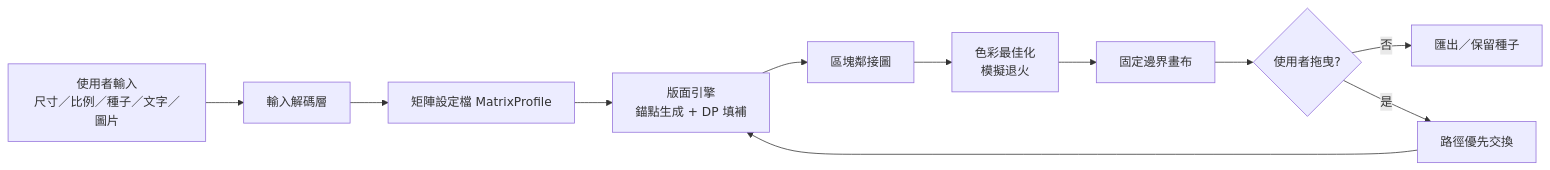
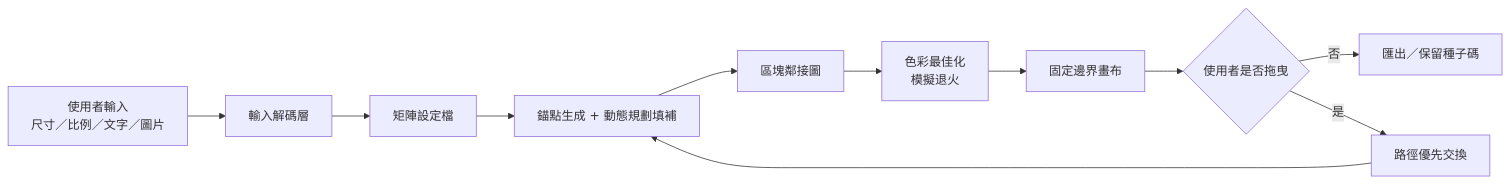
One commit to kent891026/destijl-design changed the first of 6 diagrams in README.md. Above: the diagram before and after it, drawn with Mermaid. The commit also changed other lines of this file and 3 other files, not shown here.

````diff
--- a/README.md
+++ b/README.md
@@ -80,13 +83,13 @@
 ```mermaid
 flowchart LR
-    A[使用者輸入<br/>尺寸／比例／種子／文字／圖片] --> B[輸入解碼層]
-    B --> C[矩陣設定檔 MatrixProfile]
-    C --> D[版面引擎<br/>錨點生成 + DP 填補]
+    A[使用者輸入<br/>尺寸／比例／文字／圖片] --> B[輸入解碼層]
+    B --> C[矩陣設定檔]
+    C --> D[錨點生成 + 動態規劃填補]
     D --> E[區塊鄰接圖]
     E --> F[色彩最佳化<br/>模擬退火]
     F --> G[固定邊界畫布]
-    G --> H{使用者拖曳?}
-    H -- 否 --> I[匯出／保留種子]
+    G --> H{使用者是否拖曳}
+    H -- 否 --> I[匯出／保留種子碼]
     H -- 是 --> J[路徑優先交換]
     J --> D
 ```
````
